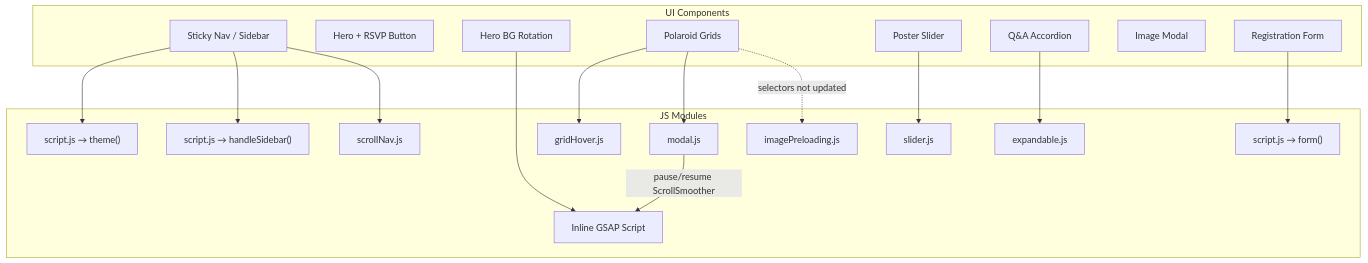
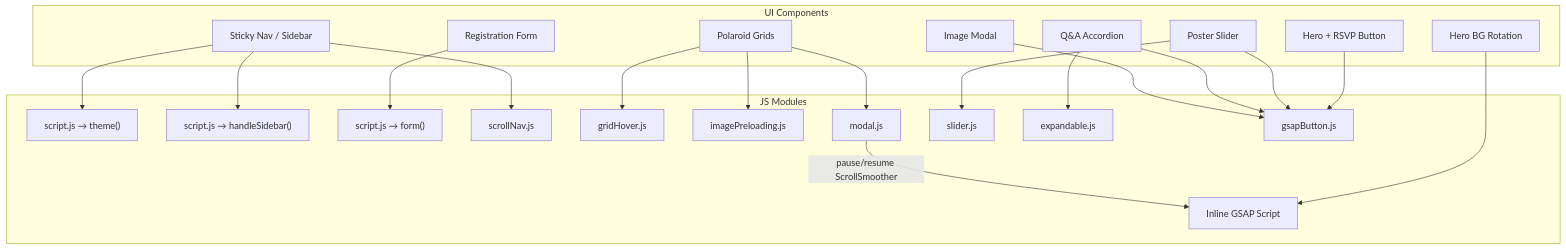
The third of 3 diagrams in README.md (hoangngo-sudo/drincatuic), drawn with Mermaid before and after one commit. The commit also changed other lines of this file, not shown here.

````diff
--- a/README.md
+++ b/README.md
@@ -165,38 +165,43 @@
 ```mermaid
 graph TB
     subgraph "UI Components"
         NAV[Sticky Nav / Sidebar]
         HERO[Hero + RSVP Button]
         BG[Hero BG Rotation]
         POLAROID[Polaroid Grids]
         SLIDER_UI[Poster Slider]
         ACCORDION[Q&A Accordion]
         MODAL_UI[Image Modal]
         FORM_UI[Registration Form]
     end
 
     subgraph "JS Modules"
         THEME["script.js → theme()"]
         SIDEBAR["script.js → handleSidebar()"]
         FORM_JS["script.js → form()"]
         SCROLLNAV_JS[scrollNav.js]
         HOVER[gridHover.js]
         PRELOAD[imagePreloading.js]
         MODAL_JS[modal.js]
         SLIDER_JS[slider.js]
         EXPAND_JS[expandable.js]
+        GSAPBTN[gsapButton.js]
         GSAP_INLINE[Inline GSAP Script]
     end
 
     NAV --> THEME
     NAV --> SIDEBAR
     NAV --> SCROLLNAV_JS
     POLAROID --> HOVER
     POLAROID --> MODAL_JS
-    POLAROID -.->|"selectors not updated"| PRELOAD
+    POLAROID --> PRELOAD
     SLIDER_UI --> SLIDER_JS
     ACCORDION --> EXPAND_JS
     FORM_UI --> FORM_JS
+    HERO --> GSAPBTN
+    SLIDER_UI --> GSAPBTN
+    ACCORDION --> GSAPBTN
+    MODAL_UI --> GSAPBTN
     BG --> GSAP_INLINE
     MODAL_JS --> |pause/resume ScrollSmoother| GSAP_INLINE
 ```
````
